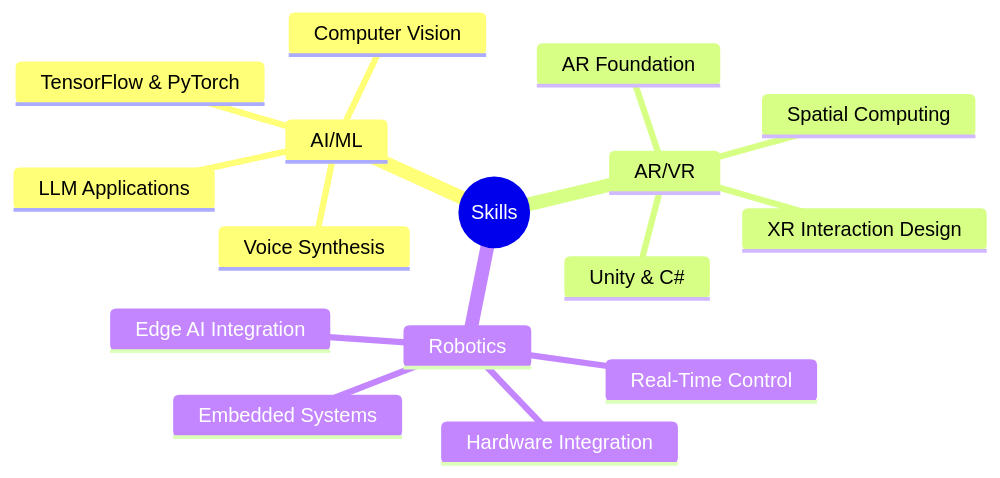
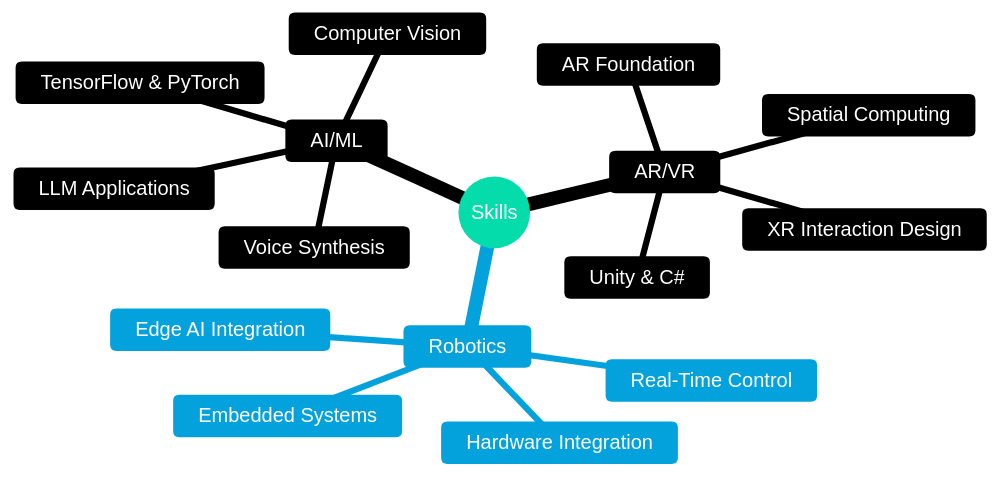
Before and after one commit to Mason-Baloun/Mason-Baloun: the diagram in README.md, drawn with Mermaid.

Commit message:
Add skills breakdown diagram to README
Added a mermaid diagram for skills breakdown in README.

````diff
--- a/README.md
+++ b/README.md
@@ -113,19 +113,20 @@
 ```mermaid
+%%{init: {'theme':'base', 'themeVariables': { 'primaryColor':'#64fcd9','primaryTextColor':'#fff','primaryBorderColor':'#64fcd9','lineColor':'#64fcd9','secondaryColor':'#1a1a1a','tertiaryColor':'#2a2a2a'}}}%%
 mindmap
   root((Skills))
     AI/ML
       LLM Applications
       TensorFlow & PyTorch
       Computer Vision
       Voice Synthesis
     AR/VR
       Spatial Computing
       Unity & C#
       AR Foundation
       XR Interaction Design
     Robotics
       Edge AI Integration
       Real-Time Control
       Hardware Integration
       Embedded Systems
 ```
````
